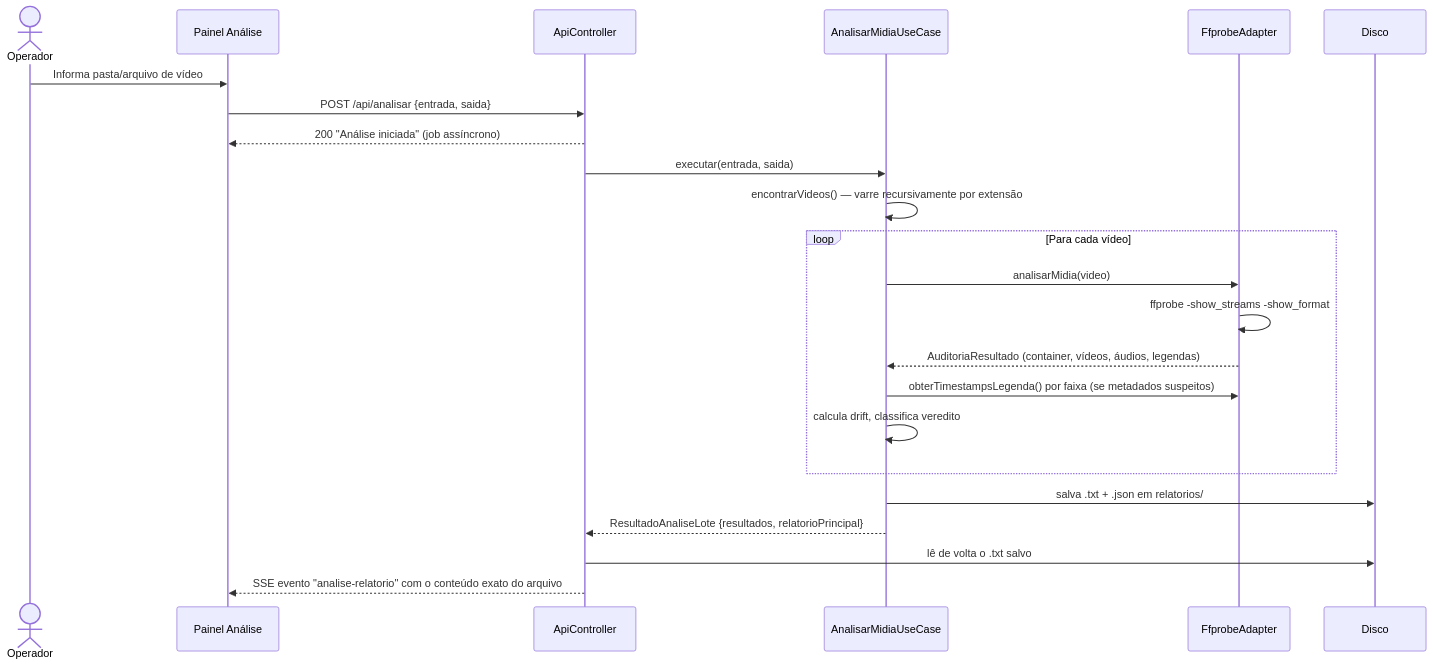
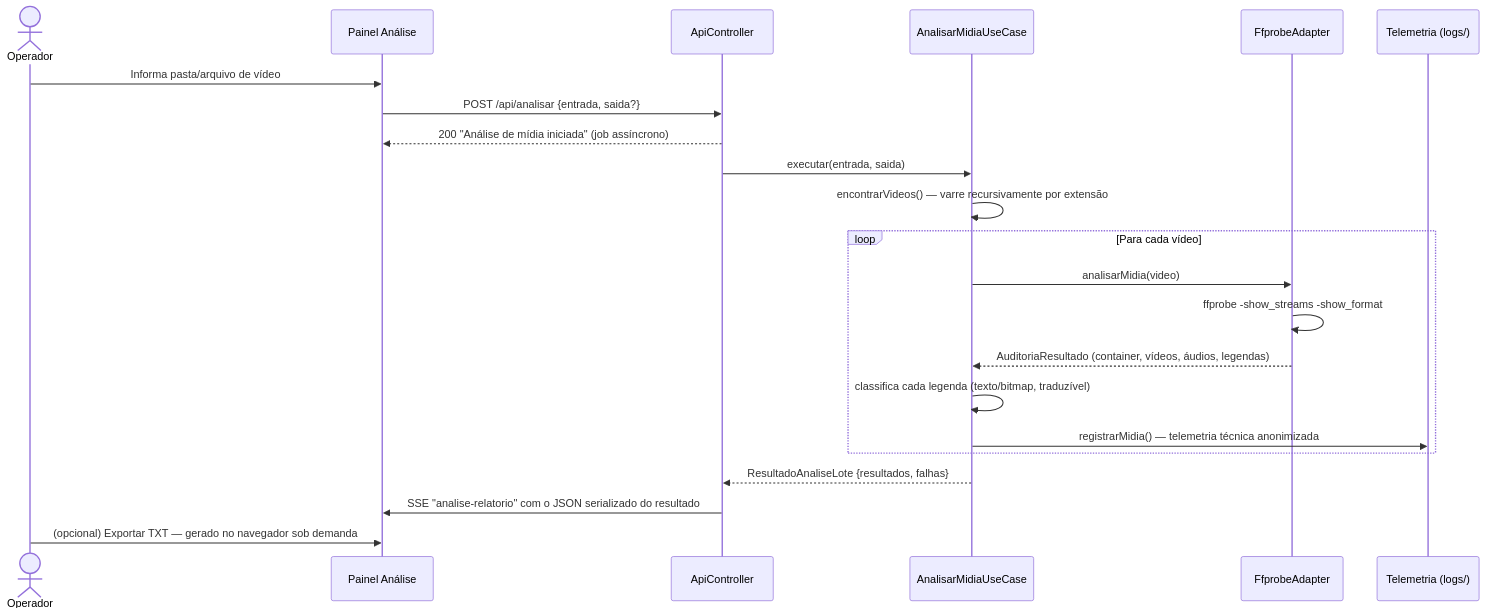
The diagram in docs/03-modulo-analise-midia.md (carmipa/traducao_animes_llm_local_quarkus), drawn with Mermaid before and after one commit. The commit also changed other lines of this file and 2 other files, not shown here.

First line of the commit message:
Etapa 4: corrigir documentacao da Analise de Midia

````diff
--- a/docs/03-modulo-analise-midia.md
+++ b/docs/03-modulo-analise-midia.md
@@ -31,26 +33,25 @@
 ```mermaid
 sequenceDiagram
     actor Op as Operador
     participant UI as Painel Análise
     participant API as ApiController
     participant UC as AnalisarMidiaUseCase
     participant FF as FfprobeAdapter
-    participant FS as Disco
+    participant TEL as Telemetria (logs/)
 
     Op->>UI: Informa pasta/arquivo de vídeo
-    UI->>API: POST /api/analisar {entrada, saida}
-    API-->>UI: 200 "Análise iniciada" (job assíncrono)
+    UI->>API: POST /api/analisar {entrada, saida?}
+    API-->>UI: 200 "Análise de mídia iniciada" (job assíncrono)
     API->>UC: executar(entrada, saida)
     UC->>UC: encontrarVideos() — varre recursivamente por extensão
     loop Para cada vídeo
         UC->>FF: analisarMidia(video)
         FF->>FF: ffprobe -show_streams -show_format
         FF-->>UC: AuditoriaResultado (container, vídeos, áudios, legendas)
-        UC->>FF: obterTimestampsLegenda() por faixa (se metadados suspeitos)
-        UC->>UC: calcula drift, classifica veredito
+        UC->>UC: classifica cada legenda (texto/bitmap, traduzível)
+        UC->>TEL: registrarMidia() — telemetria técnica anonimizada
     end
-    UC->>FS: salva .txt + .json em relatorios/
-    UC-->>API: ResultadoAnaliseLote {resultados, relatorioPrincipal}
-    API->>FS: lê de volta o .txt salvo
-    API-->>UI: SSE evento "analise-relatorio" com o conteúdo exato do arquivo
+    UC-->>API: ResultadoAnaliseLote {resultados, falhas}
+    API->>UI: SSE "analise-relatorio" com o JSON serializado do resultado
+    Op->>UI: (opcional) Exportar TXT — gerado no navegador sob demanda
 ```
````
